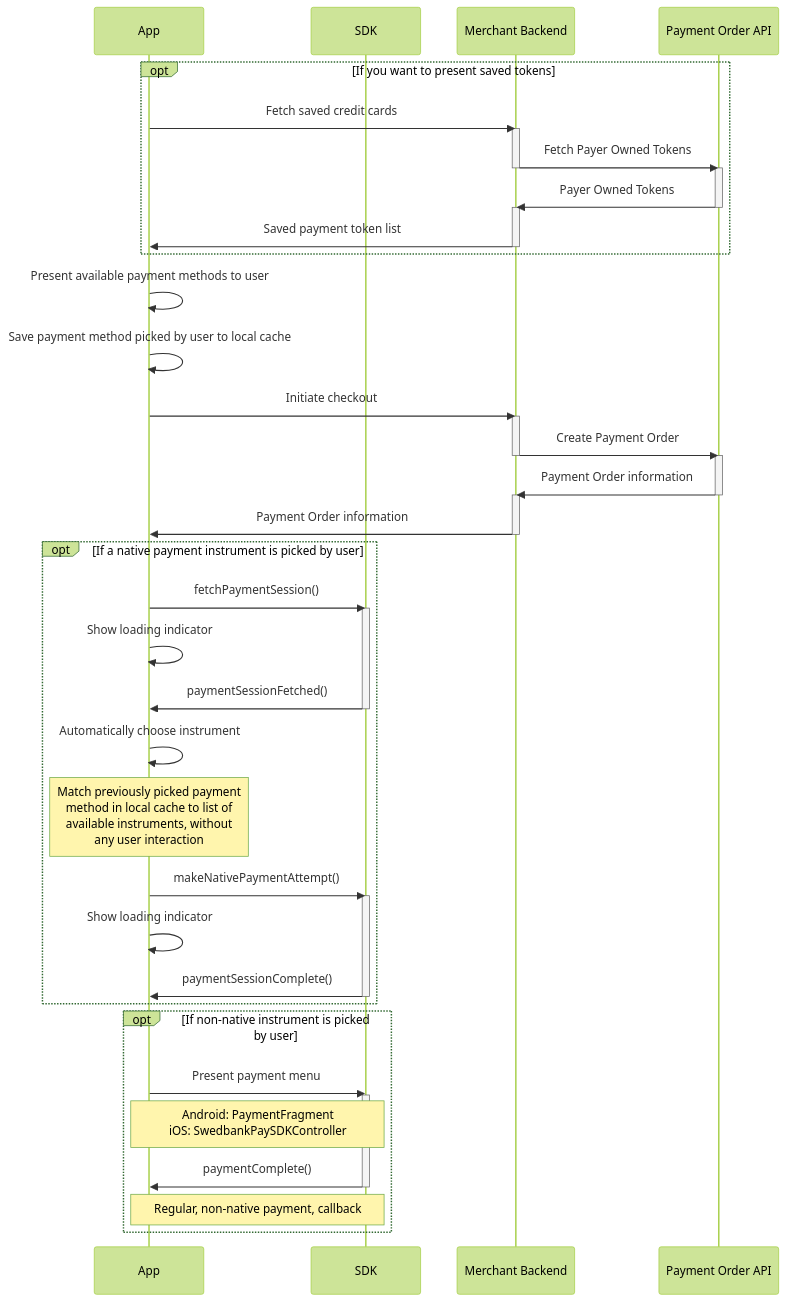
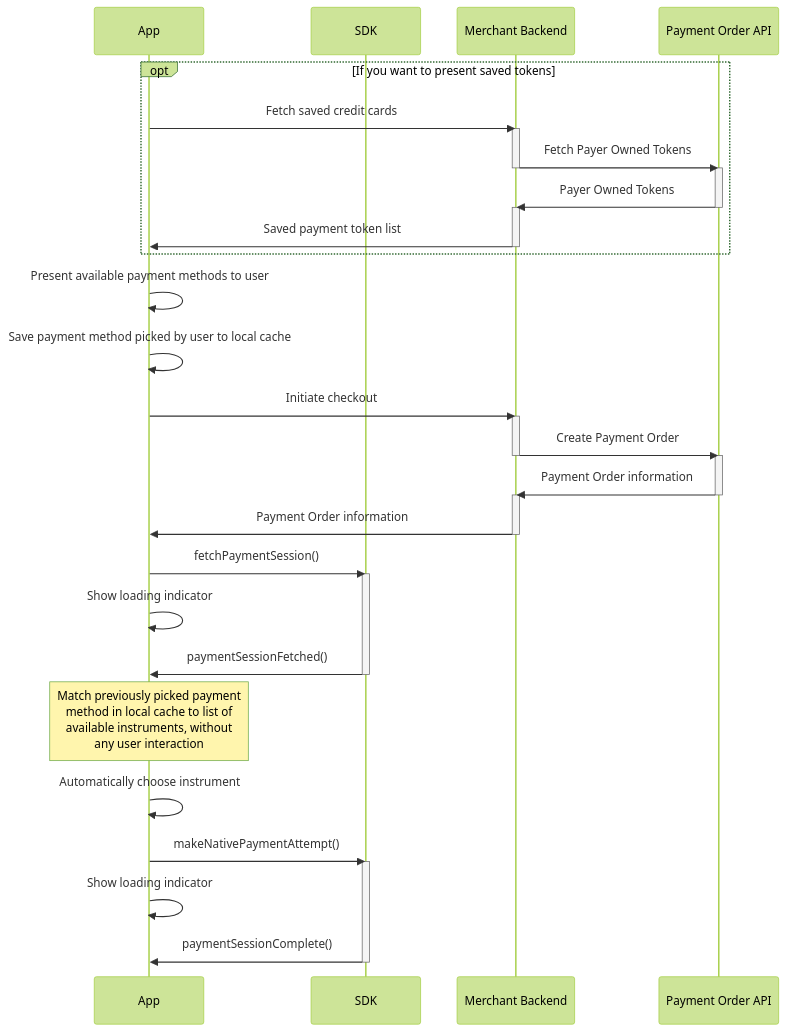
One commit to SwedbankPay/developer.swedbankpay.com changed the fourth of 4 diagrams in checkout-v3/modules-sdks/mobile-sdk/native-payments.md. Above: the diagram before and after it, drawn with Mermaid (forest theme). The commit also changed other lines of this file, not shown here.

Commit message:
- Adding further instruction for Apple Pay and Google Pay - Smaller corrections

````diff
--- a/checkout-v3/modules-sdks/mobile-sdk/native-payments.md
+++ b/checkout-v3/modules-sdks/mobile-sdk/native-payments.md
@@ -955,54 +974,44 @@
 ```mermaid
 sequenceDiagram
     participant App
     participant SDK
     participant Backend as Merchant Backend
     participant SWP as Payment Order API
     
     opt If you want to present saved tokens
         App ->> Backend: Fetch saved credit cards
         activate Backend
         Backend ->> SWP: Fetch Payer Owned Tokens
         deactivate Backend
         activate SWP
         SWP ->> Backend: Payer Owned Tokens
         deactivate SWP
         activate Backend
         Backend ->> App: Saved payment token list
         deactivate Backend
     end
     App ->> App: Present available payment methods to user
     App ->> App: Save payment method picked by user to local cache
     App ->> Backend: Initiate checkout
     activate Backend
     Backend ->> SWP: Create Payment Order
     deactivate Backend
     activate SWP
     SWP ->> Backend: Payment Order information
     deactivate SWP
     activate Backend
     Backend ->> App: Payment Order information
     deactivate Backend
-    opt If a native payment instrument is picked by user
-        App ->> SDK: fetchPaymentSession()
-        activate SDK
-        App ->> App: Show loading indicator
-        SDK ->> App: paymentSessionFetched()
-        deactivate SDK
-        App ->> App: Automatically choose instrument
-        note over App: Match previously picked payment<br/>method in local cache to list of<br/>available instruments, without<br/>any user interaction
-        App ->> SDK: makeNativePaymentAttempt()
-        activate SDK
-        App ->> App: Show loading indicator
-        SDK ->> App: paymentSessionComplete()
-        deactivate SDK
-    end
-    opt If non-native instrument is picked by user
-        App ->> SDK: Present payment menu
-        activate SDK
-        note over App, SDK: Android: PaymentFragment<br/>iOS: SwedbankPaySDKController
-        SDK ->> App: paymentComplete()
-        deactivate SDK
-        note over App, SDK: Regular, non-native payment, callback
-    end
+    App ->> SDK: fetchPaymentSession()
+    activate SDK
+    App ->> App: Show loading indicator
+    SDK ->> App: paymentSessionFetched()
+    deactivate SDK
+    note over App: Match previously picked payment<br/>method in local cache to list of<br/>available instruments, without<br/>any user interaction
+    App ->> App: Automatically choose instrument
+    App ->> SDK: makeNativePaymentAttempt()
+    activate SDK
+    App ->> App: Show loading indicator
+    SDK ->> App: paymentSessionComplete()
+    deactivate SDK
 ```
````
